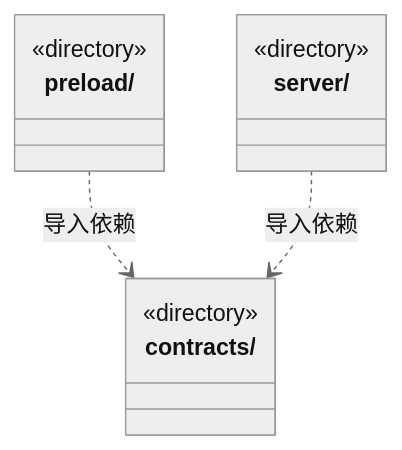
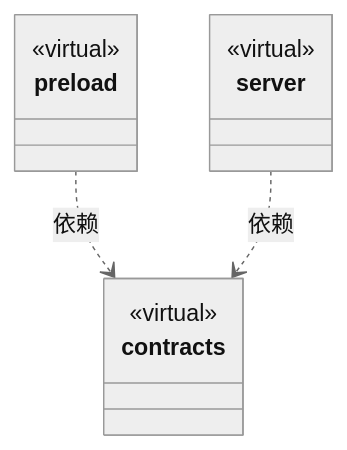
The diagram in src/bridge/ARCHITECTURE.md (nan023062/cbim), drawn with Mermaid (neutral theme) before and after one commit. The commit also changed other lines of this file and 158 other files, not shown here.

Commit message:
docs: model architecture through nested virtual encapsulations

````diff
--- a/src/bridge/ARCHITECTURE.md
+++ b/src/bridge/ARCHITECTURE.md
@@ -45,14 +19,17 @@
 ```mermaid
 classDiagram
-class N_src_bridge_contracts["contracts/"] {
-  <<directory>>
+class N_56e2b9e614cc["contracts"] {
+  <<virtual>>
 }
-class N_src_bridge_preload["preload/"] {
-  <<directory>>
+click N_56e2b9e614cc href "contracts/ARCHITECTURE.md"
+class N_345fbabaa204["preload"] {
+  <<virtual>>
 }
-class N_src_bridge_server["server/"] {
-  <<directory>>
+click N_345fbabaa204 href "preload/ARCHITECTURE.md"
+class N_6741bcbdf4f1["server"] {
+  <<virtual>>
 }
-N_src_bridge_preload ..> N_src_bridge_contracts : 导入依赖
-N_src_bridge_server ..> N_src_bridge_contracts : 导入依赖
+click N_6741bcbdf4f1 href "server/ARCHITECTURE.md"
+N_345fbabaa204 ..> N_56e2b9e614cc : 依赖
+N_6741bcbdf4f1 ..> N_56e2b9e614cc : 依赖
 ```
````
